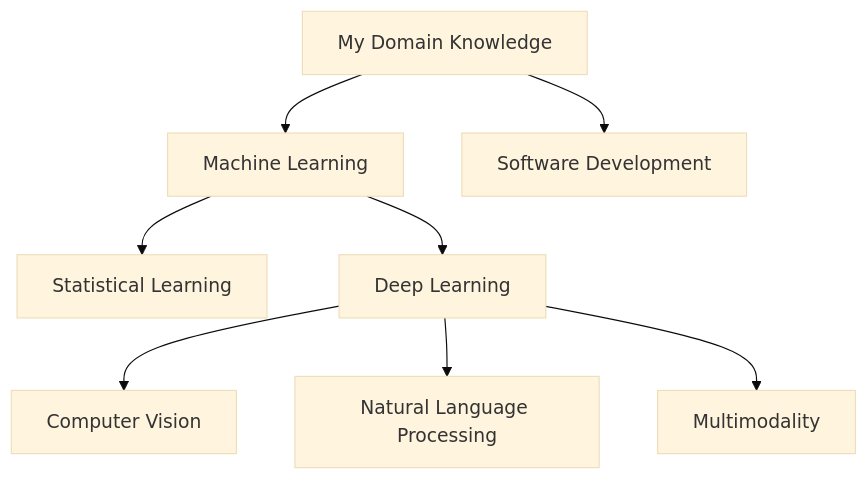
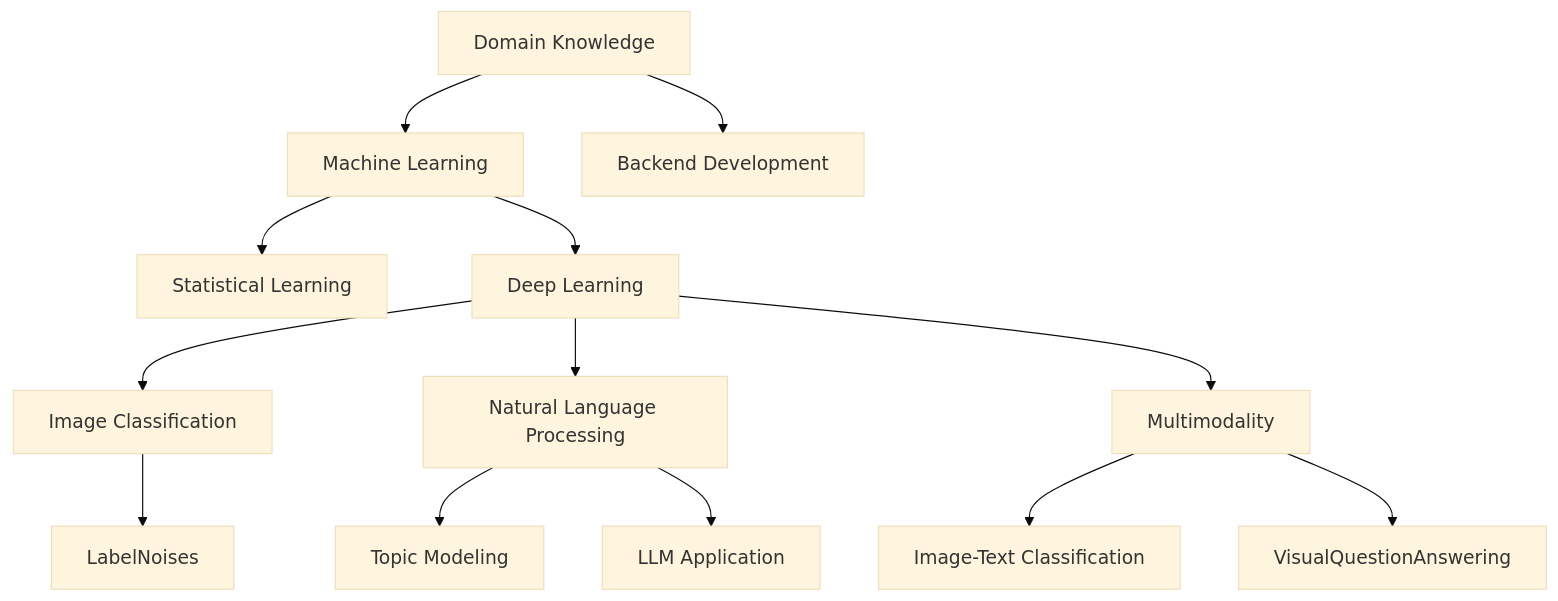
Before and after one commit to XavierSpycy/XavierSpycy: the diagram in README.md, drawn with Mermaid (base theme). The commit also changed other lines of this file and 1 other file, not shown here.

````diff
--- a/README.md
+++ b/README.md
@@ -13,10 +12,15 @@
 ```mermaid
 graph TD;
-    MyDomainKnowledge[My Domain Knowledge]-->MachineLearning[Machine Learning];
+    DomainKnowledge[Domain Knowledge]-->MachineLearning[Machine Learning];
     MachineLearning[Machine Learning]-->StatisticalLearning[Statistical Learning];
     MachineLearning[Machine Learning]-->DeepLearning[Deep Learning];
-    MyDomainKnowledge[My Domain Knowledge]-->SoftwareDevelopment[Software Development];
-    DeepLearning[Deep Learning]-->ComputerVision[Computer Vision];
+    DomainKnowledge[Domain Knowledge]-->BackendDevelopment[Backend Development];
+    DeepLearning[Deep Learning]-->ImageClassification[Image Classification];
+    ImageClassification[Image Classification]-->LabelNoise[LabelNoises];
     DeepLearning[Deep Learning]-->NaturalLanguageProcessing[Natural Language Processing];
-    DeepLearning[Deep Learning]-->Multimodality;
+    NaturalLanguageProcessing[Natural Language Processing]-->TopicModeling[Topic Modeling];
+    NaturalLanguageProcessing[Natural Language Processing]-->LLMApplication[LLM Application];
+    DeepLearning[Deep Learning]-->Multimodality[Multimodality];
+    Multimodality[Multimodality]-->ImageTextClassification[Image-Text Classification];
+    Multimodality[Multimodality]-->VisualQuestionAnswering[VisualQuestionAnswering];
    ```
````
